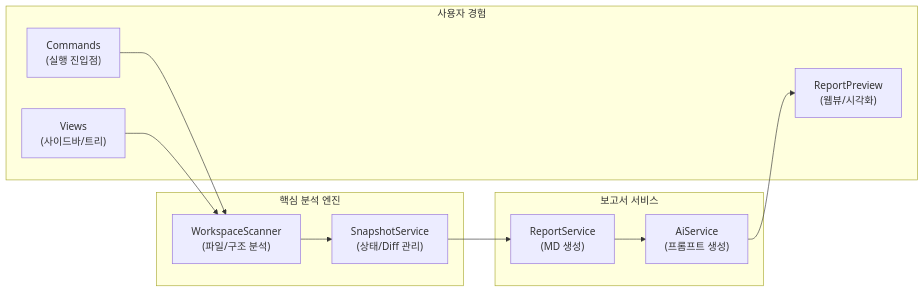
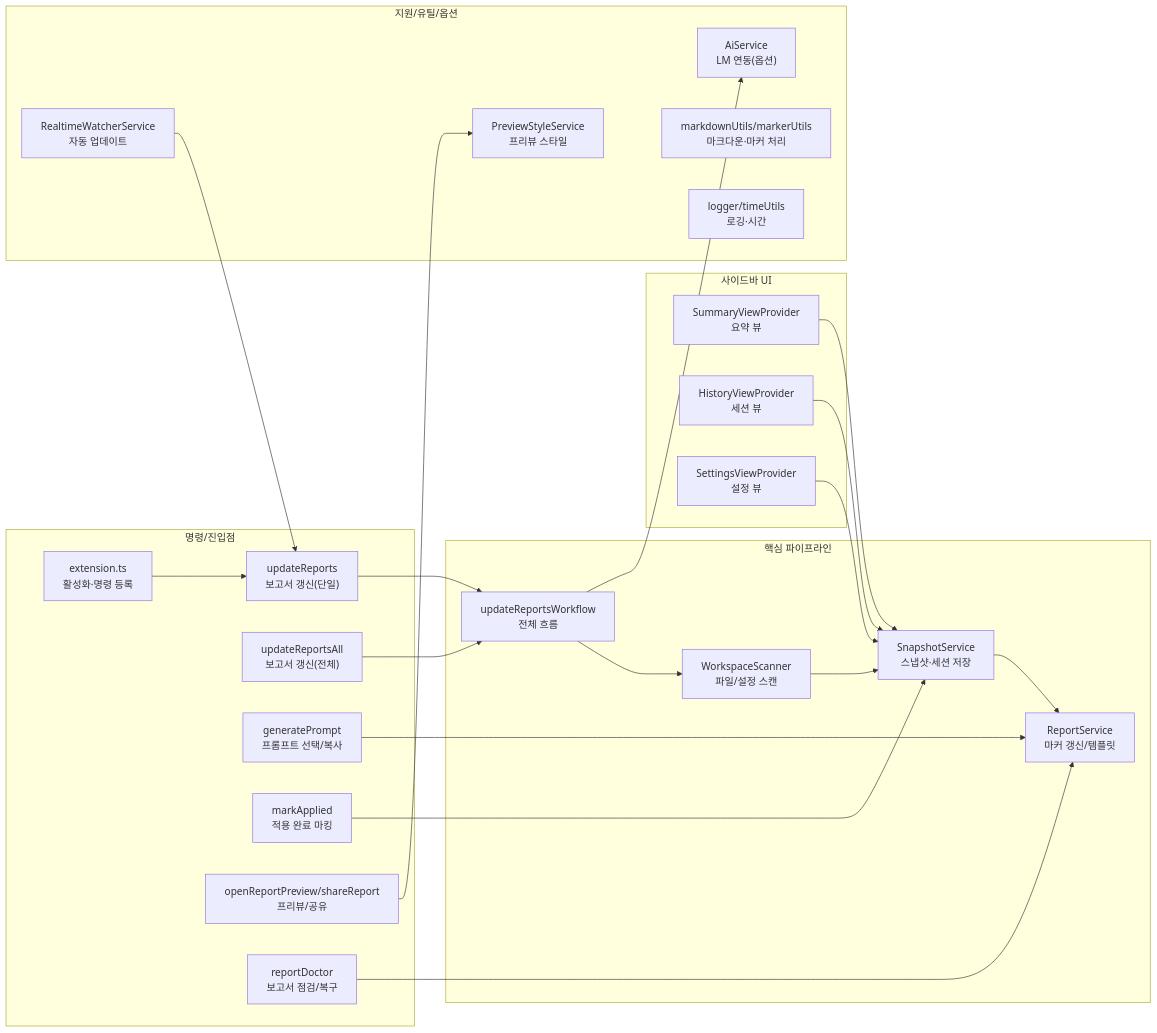
The diagram in devplan/Project_Evaluation_Report.md (Stankjedi/projectmanager), drawn with Mermaid before and after one commit. The commit also changed other lines of this file and 148 other files, not shown here.

Commit message:
feat: Add AI service, new commands, history view, and Vitest testing framework with coverage reports.

````diff
--- a/devplan/Project_Evaluation_Report.md
+++ b/devplan/Project_Evaluation_Report.md
@@ -71,23 +70,45 @@
 ```mermaid
 flowchart LR
-    subgraph Core["핵심 분석 엔진"]
-        Scanner["WorkspaceScanner<br/>(파일/구조 분석)"]
-        Snapshot["SnapshotService<br/>(상태/Diff 관리)"]
-    end
-    subgraph Service["보고서 서비스"]
-        Report["ReportService<br/>(MD 생성)"]
-        AI["AiService<br/>(프롬프트 생성)"]
-    end
-    subgraph UI["사용자 경험"]
-        Cmd["Commands<br/>(실행 진입점)"]
-        View["Views<br/>(사이드바/트리)"]
-        Preview["ReportPreview<br/>(웹뷰/시각화)"]
-    end
+  subgraph Commands["명령/진입점"]
+    Ext["extension.ts<br/>활성화·명령 등록"]
+    CmdUpdate["updateReports<br/>보고서 갱신(단일)"]
+    CmdUpdateAll["updateReportsAll<br/>보고서 갱신(전체)"]
+    CmdGenPrompt["generatePrompt<br/>프롬프트 선택/복사"]
+    CmdMark["markApplied<br/>적용 완료 마킹"]
+    CmdPreview["openReportPreview/shareReport<br/>프리뷰/공유"]
+    CmdDoctor["reportDoctor<br/>보고서 점검/복구"]
+  end
 
-    Cmd --> Scanner
-    View --> Scanner
-    Scanner --> Snapshot
-    Snapshot --> Report
-    Report --> AI
-    AI --> Preview
+  subgraph Core["핵심 파이프라인"]
+    Workflow["updateReportsWorkflow<br/>전체 흐름"]
+    Scanner["WorkspaceScanner<br/>파일/설정 스캔"]
+    Snapshot["SnapshotService<br/>스냅샷·세션 저장"]
+    Report["ReportService<br/>마커 갱신/템플릿"]
+  end
+
+  subgraph UI["사이드바 UI"]
+    Summary["SummaryViewProvider<br/>요약 뷰"]
+    History["HistoryViewProvider<br/>세션 뷰"]
+    Settings["SettingsViewProvider<br/>설정 뷰"]
+  end
+
+  subgraph Support["지원/유틸/옵션"]
+    PreviewStyle["PreviewStyleService<br/>프리뷰 스타일"]
+    Watcher["RealtimeWatcherService<br/>자동 업데이트"]
+    AI["AiService<br/>LM 연동(옵션)"]
+    Markdown["markdownUtils/markerUtils<br/>마크다운·마커 처리"]
+    Logger["logger/timeUtils<br/>로깅·시간"]
+  end
+
+  Ext --> CmdUpdate --> Workflow --> Scanner --> Snapshot --> Report
+  CmdUpdateAll --> Workflow
+  CmdGenPrompt --> Report
+  CmdDoctor --> Report
+  CmdPreview --> PreviewStyle
+  Watcher --> CmdUpdate
+  CmdMark --> Snapshot
+  Summary --> Snapshot
+  History --> Snapshot
+  Settings --> Snapshot
+  Workflow --> AI
 ```
````
